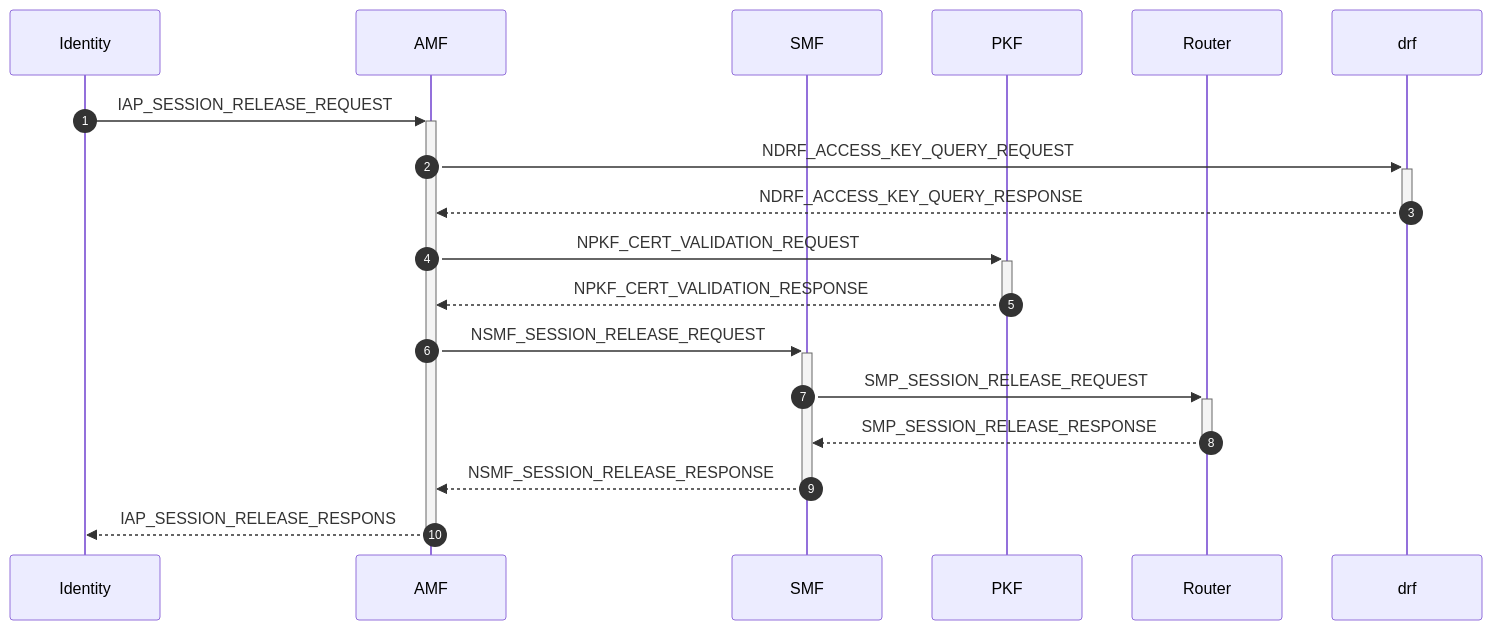
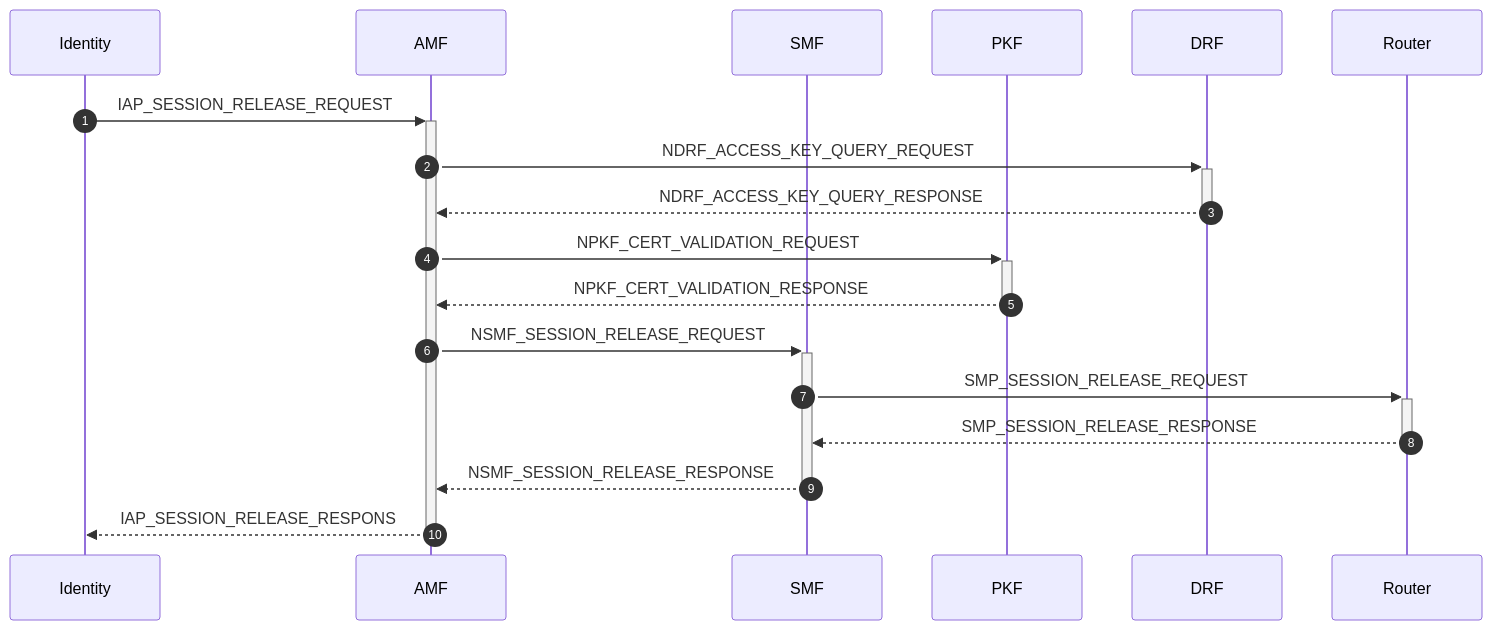
Before and after one commit to veil-link/veilink: diagram 13 of 23 in doc/doc-spec/00-series-general/00.002-procedure.md, drawn with Mermaid. The commit also changed other lines of this file, not shown here.

Commit message:
fix: mermaid typo

````diff
--- a/doc/doc-spec/00-series-general/00.002-procedure.md
+++ b/doc/doc-spec/00-series-general/00.002-procedure.md
@@ -314,21 +312,22 @@
 ```mermaid
 sequenceDiagram
     autonumber
 
     participant id as Identity
     participant amf as AMF
     participant smf as SMF
     participant pkf as PKF
+    participant drf as DRF
     participant rt as Router
 
     id ->>+ amf: IAP_SESSION_RELEASE_REQUEST
     amf ->>+ drf: NDRF_ACCESS_KEY_QUERY_REQUEST
     drf -->>- amf: NDRF_ACCESS_KEY_QUERY_RESPONSE
     amf ->>+ pkf: NPKF_CERT_VALIDATION_REQUEST
     pkf -->>- amf: NPKF_CERT_VALIDATION_RESPONSE
     amf ->>+ smf: NSMF_SESSION_RELEASE_REQUEST
     smf ->>+ rt: SMP_SESSION_RELEASE_REQUEST
     rt -->>- smf: SMP_SESSION_RELEASE_RESPONSE
     smf -->>- amf: NSMF_SESSION_RELEASE_RESPONSE
     amf -->>- id: IAP_SESSION_RELEASE_RESPONS
 ```
````
